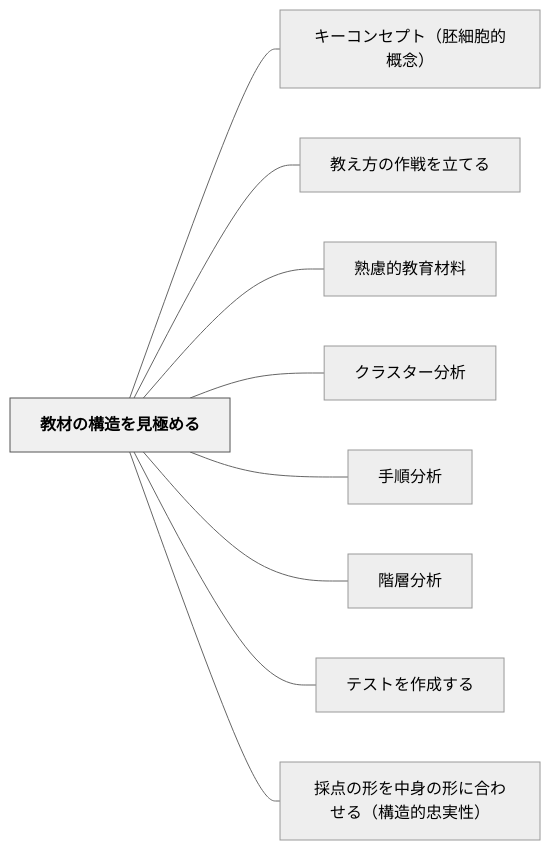
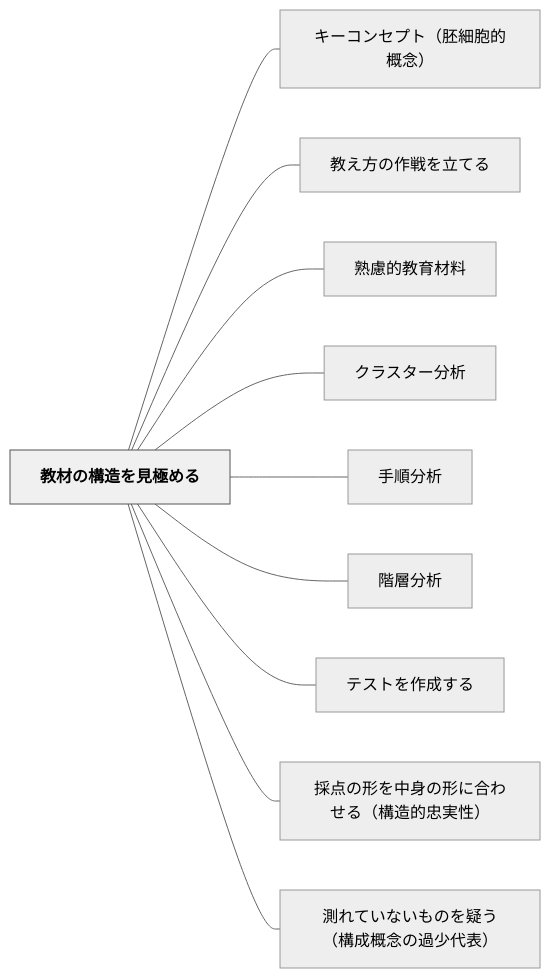
Before and after one commit to unknownthings-ed-patterns/unknownthings-ed-patterns: the diagram in content/パタン/教材の構造を見極める.md, drawn with Mermaid (neutral theme). The commit also changed other lines of this file and 22 other files, not shown here.

````diff
--- a/content/パタン/教材の構造を見極める.md
+++ b/content/パタン/教材の構造を見極める.md
@@ -49,24 +50,26 @@
 ```mermaid
 flowchart LR
     ne69599e69d90e381aee6a78be980a0e38292e8a68be6a5b5e38281e3828b["教材の構造を見極める"]
     ne382ade383bce382b3e383b3e382bbe38397e38388efbc88e8839ae7b4b0e8839ee79a84e6a682e5bfb5efbc89["キーコンセプト（胚細胞的概念）"]
     ne69599e38188e696b9e381aee4bd9ce688a6e38292e7ab8be381a6e3828b["教え方の作戦を立てる"]
     ne7869fe685aee79a84e69599e882b2e69d90e69699["熟慮的教育材料"]
     ne382afe383a9e382b9e382bfe383bce58886e69e90["クラスター分析"]
     ne6898be9a086e58886e69e90["手順分析"]
     ne99a8ee5b1a4e58886e69e90["階層分析"]
     ne38386e382b9e38388e38292e4bd9ce68890e38199e3828b["テストを作成する"]
     ne68ea1e782b9e381aee5bda2e38292e4b8ade8baabe381aee5bda2e381abe59088e3828fe3819be3828befbc88e6a78be980a0e79a84e5bfa0e5ae9fe680a7efbc89["採点の形を中身の形に合わせる（構造的忠実性）"]
+    ne6b8ace3828ce381a6e38184e381aae38184e38282e381aee38292e79691e38186efbc88e6a78be68890e6a682e5bfb5e381aee9818ee5b091e4bba3e8a1a8efbc89["測れていないものを疑う（構成概念の過少代表）"]
 
     ne69599e69d90e381aee6a78be980a0e38292e8a68be6a5b5e38281e3828b --- ne382ade383bce382b3e383b3e382bbe38397e38388efbc88e8839ae7b4b0e8839ee79a84e6a682e5bfb5efbc89
     ne69599e69d90e381aee6a78be980a0e38292e8a68be6a5b5e38281e3828b --- ne69599e38188e696b9e381aee4bd9ce688a6e38292e7ab8be381a6e3828b
     ne69599e69d90e381aee6a78be980a0e38292e8a68be6a5b5e38281e3828b --- ne7869fe685aee79a84e69599e882b2e69d90e69699
     ne69599e69d90e381aee6a78be980a0e38292e8a68be6a5b5e38281e3828b --- ne382afe383a9e382b9e382bfe383bce58886e69e90
     ne69599e69d90e381aee6a78be980a0e38292e8a68be6a5b5e38281e3828b --- ne6898be9a086e58886e69e90
     ne69599e69d90e381aee6a78be980a0e38292e8a68be6a5b5e38281e3828b --- ne99a8ee5b1a4e58886e69e90
     ne69599e69d90e381aee6a78be980a0e38292e8a68be6a5b5e38281e3828b --- ne38386e382b9e38388e38292e4bd9ce68890e38199e3828b
     ne69599e69d90e381aee6a78be980a0e38292e8a68be6a5b5e38281e3828b --- ne68ea1e782b9e381aee5bda2e38292e4b8ade8baabe381aee5bda2e381abe59088e3828fe3819be3828befbc88e6a78be980a0e79a84e5bfa0e5ae9fe680a7efbc89
+    ne69599e69d90e381aee6a78be980a0e38292e8a68be6a5b5e38281e3828b --- ne6b8ace3828ce381a6e38184e381aae38184e38282e381aee38292e79691e38186efbc88e6a78be68890e6a682e5bfb5e381aee9818ee5b091e4bba3e8a1a8efbc89
 
     classDef hub fill:#f0f0f0,stroke:#555,color:#000,font-weight:bold
     class ne69599e69d90e381aee6a78be980a0e38292e8a68be6a5b5e38281e3828b hub
 ```
````
